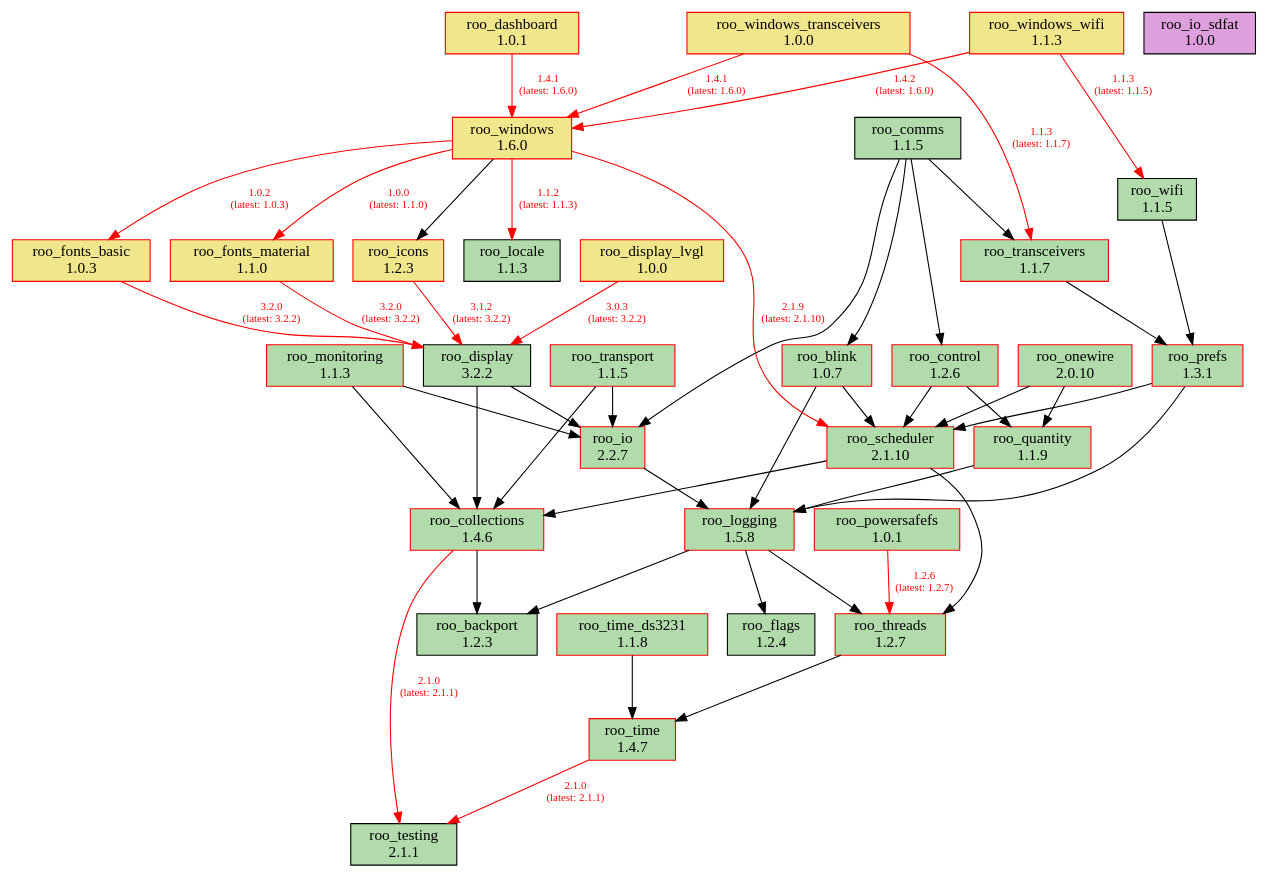
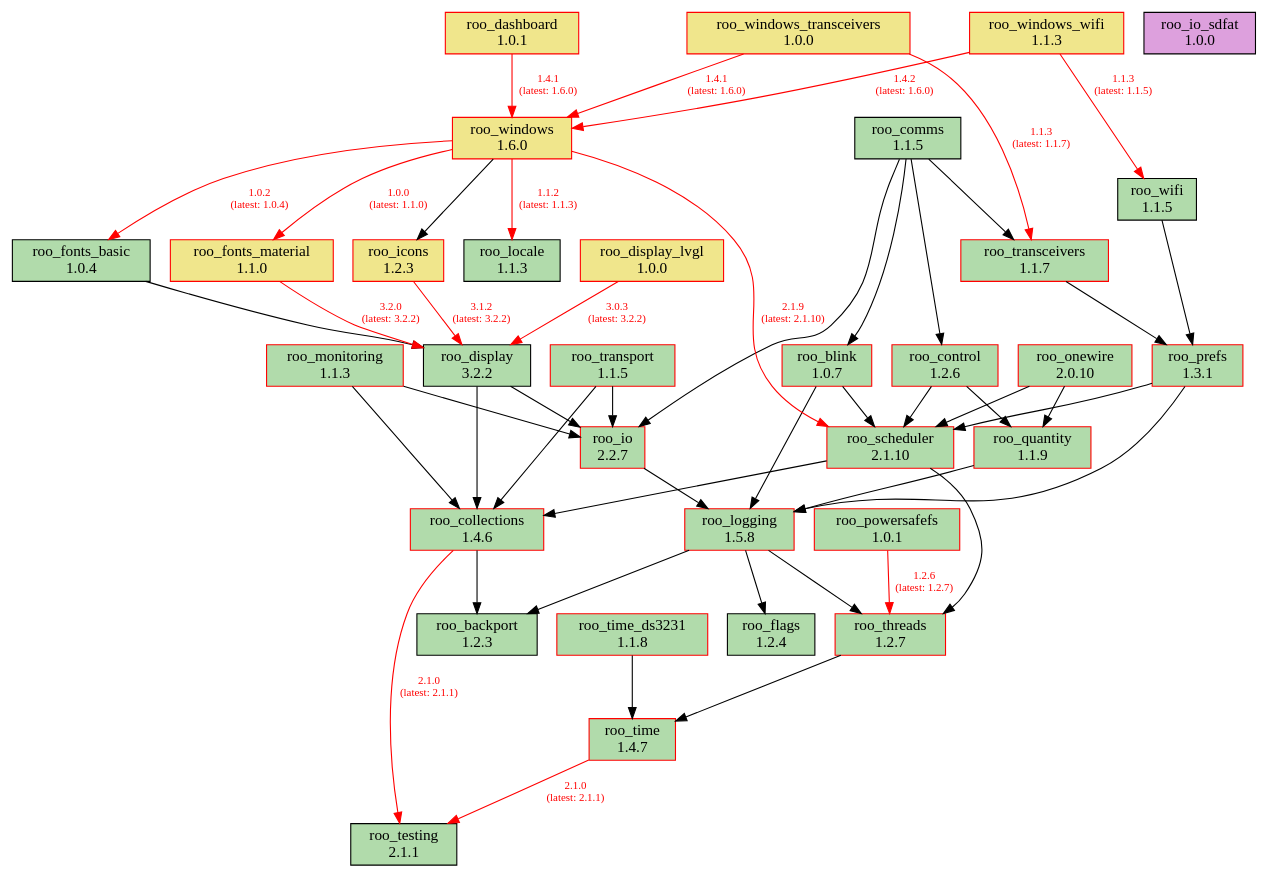
Before and after one commit to dejwk/roo-registry: the diagram in doc/dependencies.dot, drawn with Graphviz. The commit also changed 3 other files, not shown here.

Commit message:
Added roo_fonts_basic 1.0.4 to the registry.

```diff
--- a/doc/dependencies.dot
+++ b/doc/dependencies.dot
@@ -1,88 +1,88 @@
 digraph dependencies {
     rankdir=TB;
     node [shape=box, style=filled];
     edge [fontsize=10];
 
     // Modules
     "roo_backport" [label="roo_backport\n1.2.3", fillcolor="#b1dbab", color="black"];
     "roo_blink" [label="roo_blink\n1.0.7", fillcolor="#b1dbab", color="red"];
     "roo_collections" [label="roo_collections\n1.4.6", fillcolor="#b1dbab", color="red"];
     "roo_comms" [label="roo_comms\n1.1.5", fillcolor="#b1dbab", color="black"];
     "roo_control" [label="roo_control\n1.2.6", fillcolor="#b1dbab", color="red"];
     "roo_dashboard" [label="roo_dashboard\n1.0.1", fillcolor="khaki", color="red"];
     "roo_display" [label="roo_display\n3.2.2", fillcolor="#b1dbab", color="black"];
     "roo_display_lvgl" [label="roo_display_lvgl\n1.0.0", fillcolor="khaki", color="red"];
     "roo_flags" [label="roo_flags\n1.2.4", fillcolor="#b1dbab", color="black"];
-    "roo_fonts_basic" [label="roo_fonts_basic\n1.0.3", fillcolor="khaki", color="red"];
+    "roo_fonts_basic" [label="roo_fonts_basic\n1.0.4", fillcolor="#b1dbab", color="black"];
     "roo_fonts_material" [label="roo_fonts_material\n1.1.0", fillcolor="khaki", color="red"];
     "roo_icons" [label="roo_icons\n1.2.3", fillcolor="khaki", color="red"];
     "roo_io" [label="roo_io\n2.2.7", fillcolor="#b1dbab", color="red"];
     "roo_io_sdfat" [label="roo_io_sdfat\n1.0.0", fillcolor="plum", color="black"];
     "roo_locale" [label="roo_locale\n1.1.3", fillcolor="#b1dbab", color="black"];
     "roo_logging" [label="roo_logging\n1.5.8", fillcolor="#b1dbab", color="red"];
     "roo_monitoring" [label="roo_monitoring\n1.1.3", fillcolor="#b1dbab", color="red"];
     "roo_onewire" [label="roo_onewire\n2.0.10", fillcolor="#b1dbab", color="red"];
     "roo_powersafefs" [label="roo_powersafefs\n1.0.1", fillcolor="#b1dbab", color="red"];
     "roo_prefs" [label="roo_prefs\n1.3.1", fillcolor="#b1dbab", color="red"];
     "roo_quantity" [label="roo_quantity\n1.1.9", fillcolor="#b1dbab", color="red"];
     "roo_scheduler" [label="roo_scheduler\n2.1.10", fillcolor="#b1dbab", color="red"];
     "roo_testing" [label="roo_testing\n2.1.1", fillcolor="#b1dbab", color="black"];
     "roo_threads" [label="roo_threads\n1.2.7", fillcolor="#b1dbab", color="red"];
     "roo_time" [label="roo_time\n1.4.7", fillcolor="#b1dbab", color="red"];
     "roo_time_ds3231" [label="roo_time_ds3231\n1.1.8", fillcolor="#b1dbab", color="red"];
     "roo_transceivers" [label="roo_transceivers\n1.1.7", fillcolor="#b1dbab", color="red"];
     "roo_transport" [label="roo_transport\n1.1.5", fillcolor="#b1dbab", color="red"];
     "roo_wifi" [label="roo_wifi\n1.1.5", fillcolor="#b1dbab", color="black"];
     "roo_windows" [label="roo_windows\n1.6.0", fillcolor="khaki", color="red"];
     "roo_windows_transceivers" [label="roo_windows_transceivers\n1.0.0", fillcolor="khaki", color="red"];
     "roo_windows_wifi" [label="roo_windows_wifi\n1.1.3", fillcolor="khaki", color="red"];
 
     // Dependencies
     "roo_blink" -> "roo_logging";
     "roo_blink" -> "roo_scheduler";
     "roo_collections" -> "roo_testing" [color=red, fontcolor=red, label="2.1.0\n(latest: 2.1.1)"];
     "roo_collections" -> "roo_backport";
     "roo_comms" -> "roo_blink";
     "roo_comms" -> "roo_control";
     "roo_comms" -> "roo_io";
     "roo_comms" -> "roo_transceivers";
     "roo_control" -> "roo_quantity";
     "roo_control" -> "roo_scheduler";
     "roo_dashboard" -> "roo_windows" [color=red, fontcolor=red, label="1.4.1\n(latest: 1.6.0)"];
     "roo_display" -> "roo_collections";
     "roo_display" -> "roo_io";
     "roo_display_lvgl" -> "roo_display" [color=red, fontcolor=red, label="3.0.3\n(latest: 3.2.2)"];
-    "roo_fonts_basic" -> "roo_display" [color=red, fontcolor=red, label="3.2.0\n(latest: 3.2.2)"];
+    "roo_fonts_basic" -> "roo_display";
     "roo_fonts_material" -> "roo_display" [color=red, fontcolor=red, label="3.2.0\n(latest: 3.2.2)"];
     "roo_icons" -> "roo_display" [color=red, fontcolor=red, label="3.1.2\n(latest: 3.2.2)"];
     "roo_io" -> "roo_logging";
     "roo_logging" -> "roo_backport";
     "roo_logging" -> "roo_flags";
     "roo_logging" -> "roo_threads";
     "roo_monitoring" -> "roo_collections";
     "roo_monitoring" -> "roo_io";
     "roo_onewire" -> "roo_scheduler";
     "roo_onewire" -> "roo_quantity";
     "roo_powersafefs" -> "roo_threads" [color=red, fontcolor=red, label="1.2.6\n(latest: 1.2.7)"];
     "roo_prefs" -> "roo_logging";
     "roo_prefs" -> "roo_scheduler";
     "roo_quantity" -> "roo_logging";
     "roo_scheduler" -> "roo_collections";
     "roo_scheduler" -> "roo_threads";
     "roo_threads" -> "roo_time";
     "roo_time" -> "roo_testing" [color=red, fontcolor=red, label="2.1.0\n(latest: 2.1.1)"];
     "roo_time_ds3231" -> "roo_time";
     "roo_transceivers" -> "roo_prefs";
     "roo_transport" -> "roo_collections";
     "roo_transport" -> "roo_io";
     "roo_wifi" -> "roo_prefs";
-    "roo_windows" -> "roo_fonts_basic" [color=red, fontcolor=red, label="1.0.2\n(latest: 1.0.3)"];
+    "roo_windows" -> "roo_fonts_basic" [color=red, fontcolor=red, label="1.0.2\n(latest: 1.0.4)"];
     "roo_windows" -> "roo_fonts_material" [color=red, fontcolor=red, label="1.0.0\n(latest: 1.1.0)"];
     "roo_windows" -> "roo_locale" [color=red, fontcolor=red, label="1.1.2\n(latest: 1.1.3)"];
     "roo_windows" -> "roo_icons";
     "roo_windows" -> "roo_scheduler" [color=red, fontcolor=red, label="2.1.9\n(latest: 2.1.10)"];
     "roo_windows_transceivers" -> "roo_transceivers" [color=red, fontcolor=red, label="1.1.3\n(latest: 1.1.7)"];
     "roo_windows_transceivers" -> "roo_windows" [color=red, fontcolor=red, label="1.4.1\n(latest: 1.6.0)"];
     "roo_windows_wifi" -> "roo_wifi" [color=red, fontcolor=red, label="1.1.3\n(latest: 1.1.5)"];
     "roo_windows_wifi" -> "roo_windows" [color=red, fontcolor=red, label="1.4.2\n(latest: 1.6.0)"];
 }
```
